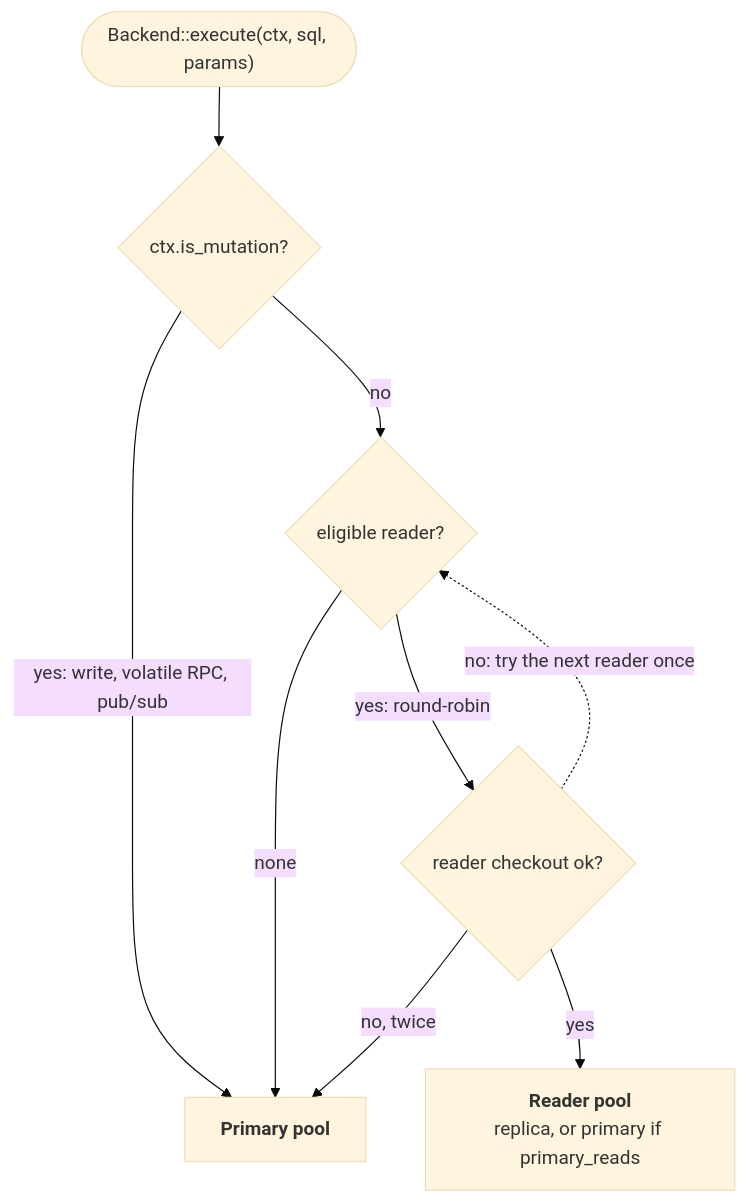
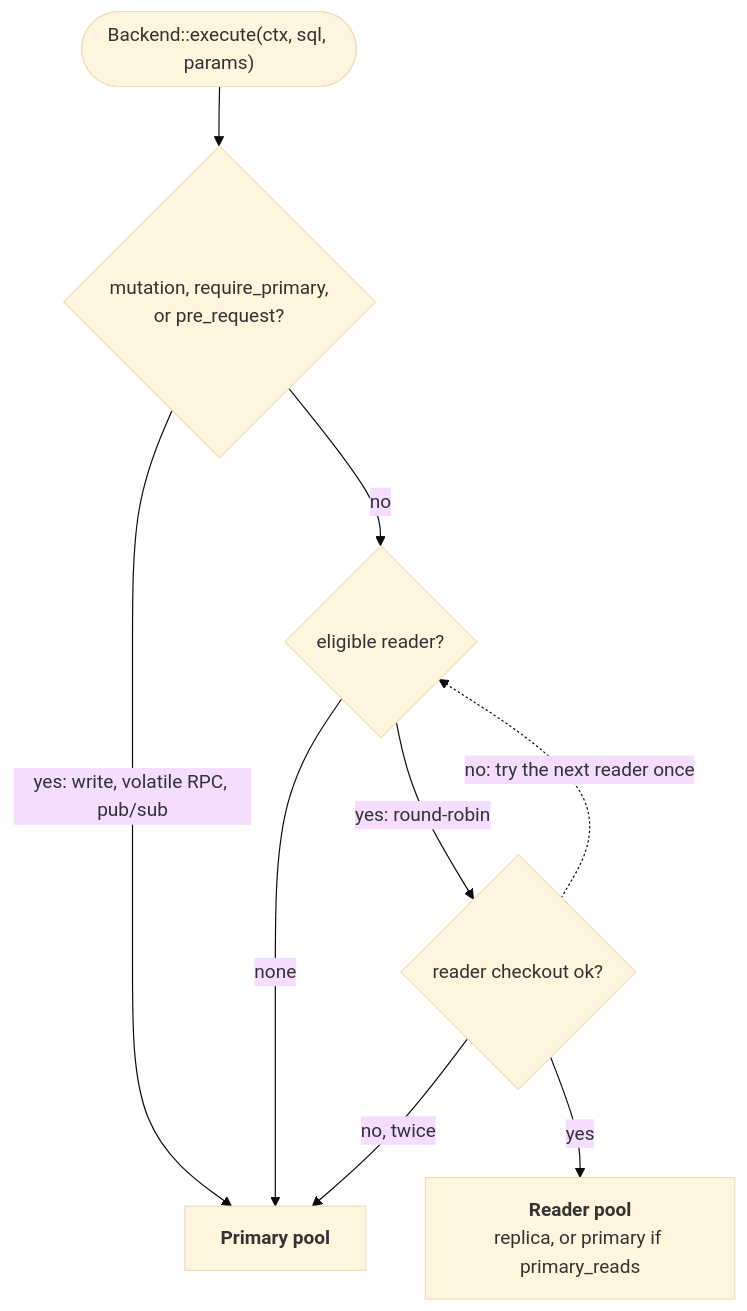
Before and after one commit to pgvis/pgvis: the third of 4 diagrams in arch/03-backends-and-dialects.md, drawn with Mermaid (base theme). The commit also changed other lines of this file and 27 other files, not shown here.

````diff
--- a/arch/03-backends-and-dialects.md
+++ b/arch/03-backends-and-dialects.md
@@ -179,18 +180,18 @@
 ```mermaid
 flowchart TB
     exec(["Backend::execute(ctx, sql, params)"])
-    write{"ctx.is_mutation?"}
+    write{"mutation, require_primary,<br/>or pre_request?"}
     pick{"eligible reader?"}
     get{"reader checkout ok?"}
     reader["<b>Reader pool</b><br/>replica, or primary if primary_reads"]
     primary["<b>Primary pool</b>"]
 
     exec --> write
     write -->|"yes: write, volatile RPC, pub/sub"| primary
     write -->|no| pick
     pick -->|"yes: round-robin"| get
     pick -->|none| primary
     get -->|yes| reader
     get -.->|"no: try the next reader once"| pick
     get -->|"no, twice"| primary
 ```
````
